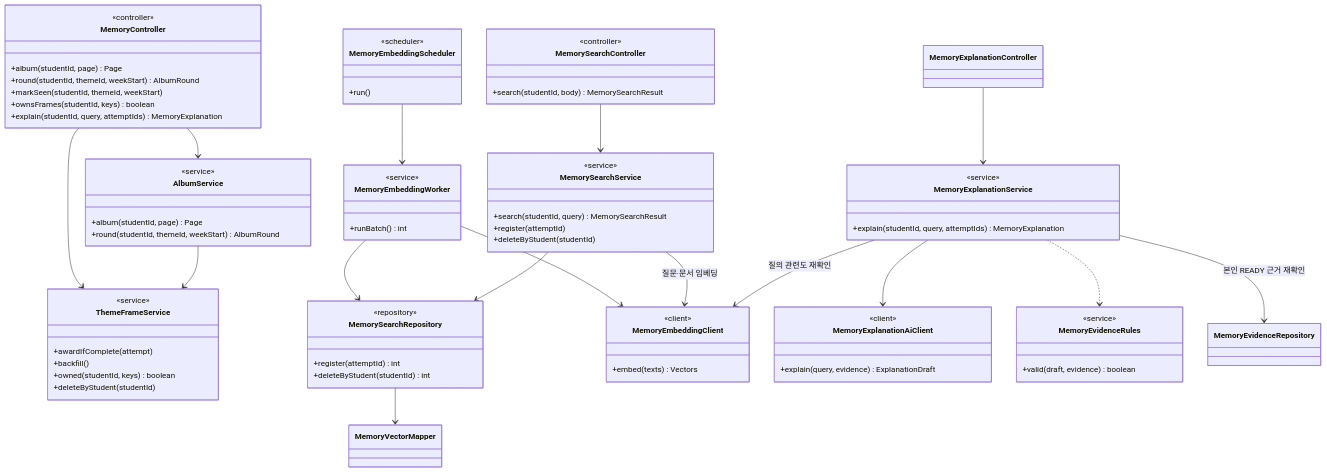
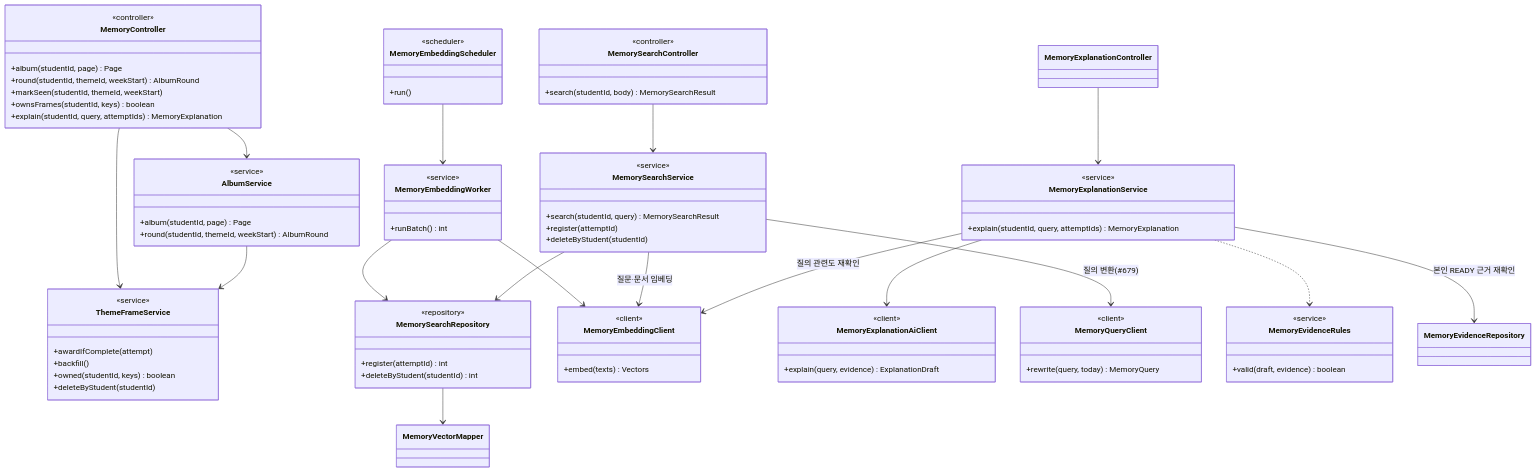
Diagram 15 of 23 in docs/design/class-diagram.md (SKNETWORKS-FAMILY-AICAMP/SKN34-FINAL-3TEAM), drawn with Mermaid before and after one commit. The commit also changed other lines of this file and 7 other files, not shown here.

```diff
--- a/docs/design/class-diagram.md
+++ b/docs/design/class-diagram.md
@@ -2213,6 +2213,10 @@
     <<client>>
     +explain(query, evidence) ExplanationDraft
   }
+  class MemoryQueryClient {
+    <<client>>
+    +rewrite(query, today) MemoryQuery
+  }
   class MemoryEvidenceRules {
     <<service>>
     +valid(draft, evidence) boolean
@@ -2228,6 +2232,7 @@
   MemorySearchService --> MemorySearchRepository
   MemorySearchRepository --> MemoryVectorMapper
   MemorySearchService --> MemoryEmbeddingClient : 질문·문서 임베딩
+  MemorySearchService --> MemoryQueryClient : 질의 변환(#679)
   MemoryExplanationService --> MemoryEvidenceRepository : 본인 READY 근거 재확인
   MemoryExplanationService --> MemoryEmbeddingClient : 질의 관련도 재확인
   MemoryExplanationService --> MemoryExplanationAiClient
```
